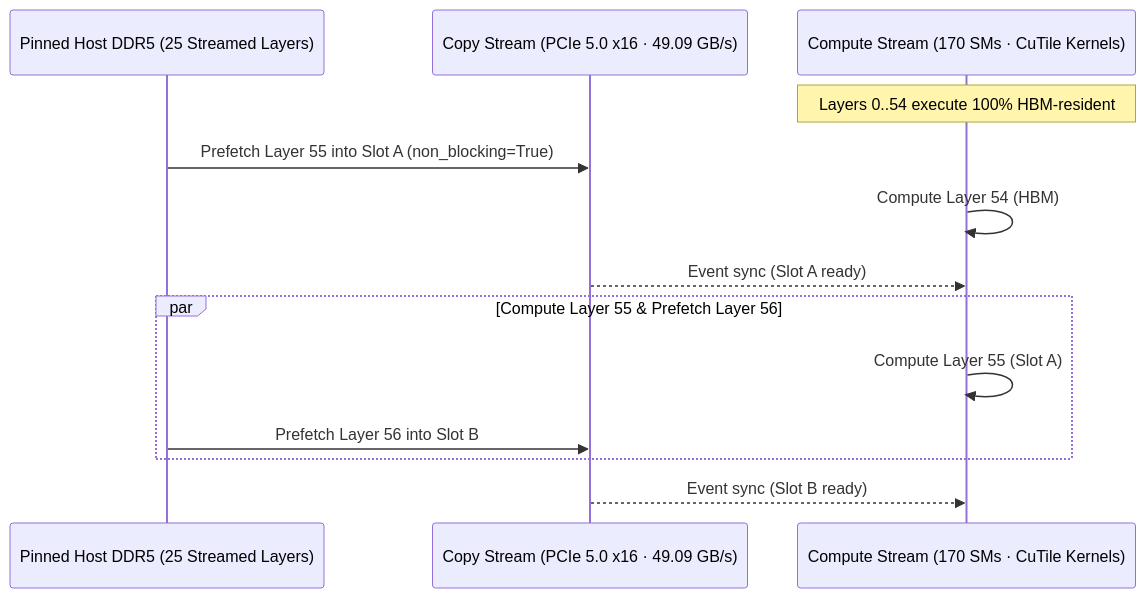
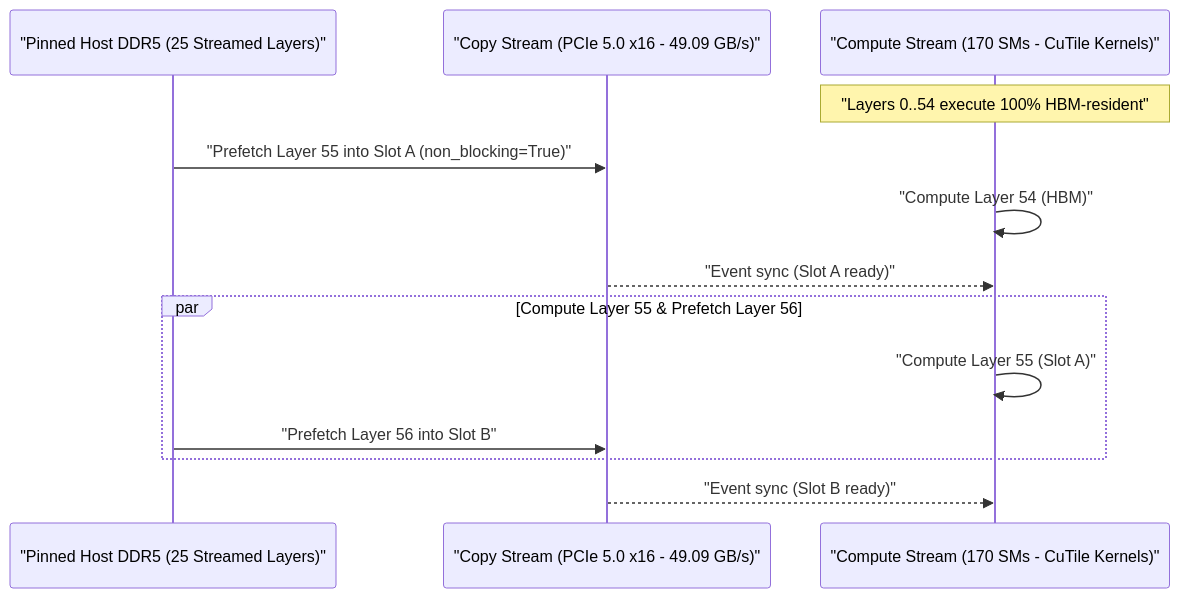
Before and after one commit to samudragupto/cutile-forge: the third of 3 diagrams in README.md, drawn with Mermaid. The commit also changed other lines of this file and 11 other files, not shown here.

Commit message:
docs: fix overlapping figures, GitHub MathJax, Mermaid layout, and unified Researcher/Architect/Developer README

````diff
--- a/README.md
+++ b/README.md
@@ -92,16 +104,16 @@
 ```mermaid
 sequenceDiagram
-    participant CPU as Pinned Host DDR5 (25 Streamed Layers)
-    participant DMA as Copy Stream (PCIe 5.0 x16 · 49.09 GB/s)
-    participant GPU as Compute Stream (170 SMs · CuTile Kernels)
+    participant CPU as "Pinned Host DDR5 (25 Streamed Layers)"
+    participant DMA as "Copy Stream (PCIe 5.0 x16 - 49.09 GB/s)"
+    participant GPU as "Compute Stream (170 SMs - CuTile Kernels)"
 
-    Note over GPU: Layers 0..54 execute 100% HBM-resident
-    CPU->>DMA: Prefetch Layer 55 into Slot A (non_blocking=True)
-    GPU->>GPU: Compute Layer 54 (HBM)
-    DMA-->>GPU: Event sync (Slot A ready)
+    Note over GPU: "Layers 0..54 execute 100% HBM-resident"
+    CPU->>DMA: "Prefetch Layer 55 into Slot A (non_blocking=True)"
+    GPU->>GPU: "Compute Layer 54 (HBM)"
+    DMA-->>GPU: "Event sync (Slot A ready)"
     par Compute Layer 55 & Prefetch Layer 56
-        GPU->>GPU: Compute Layer 55 (Slot A)
-        CPU->>DMA: Prefetch Layer 56 into Slot B
+        GPU->>GPU: "Compute Layer 55 (Slot A)"
+        CPU->>DMA: "Prefetch Layer 56 into Slot B"
     end
-    DMA-->>GPU: Event sync (Slot B ready)
+    DMA-->>GPU: "Event sync (Slot B ready)"
 ```
````
